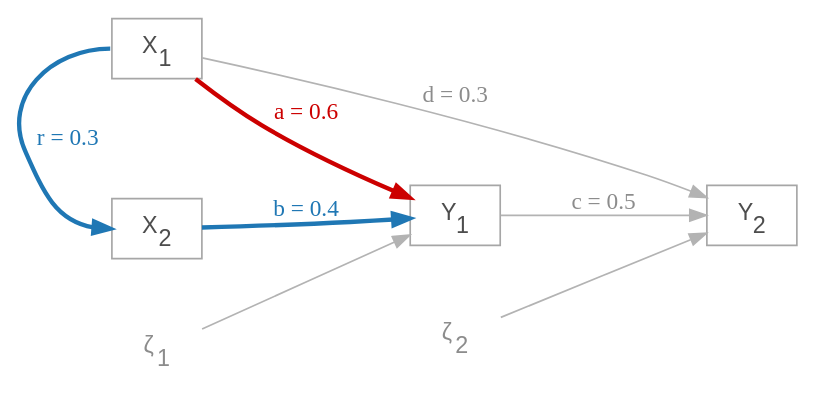
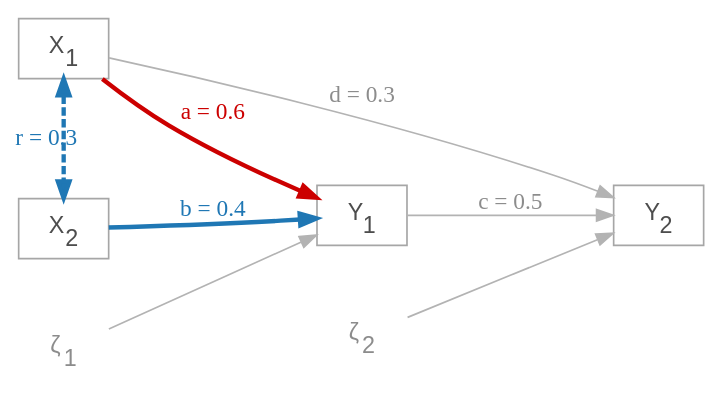
Diagram 21 of 34 in 5_Slides/Intro_to_SEM_part1.qmd (pennekampster/Swiss_SEM), drawn with Graphviz before and after one commit. The commit also changed other lines of this file and 3 other files, not shown here.

````diff
--- a/5_Slides/Intro_to_SEM_part1.qmd
+++ b/5_Slides/Intro_to_SEM_part1.qmd
@@ -1156,20 +1163,20 @@
 ```{dot}
 //| fig-width: 5.3
 //| fig-height: 2.5
 digraph {
   graph [rankdir = LR, fontsize = 13, ranksep = 1.0, nodesep = 0.5]
   node [shape = box, fontname = Helvetica, color = "gray65", fontcolor = "gray30"]
   X1 [label = <X<SUB>1</SUB>>]; X2 [label = <X<SUB>2</SUB>>]
   Y1 [label = <Y<SUB>1</SUB>>]; Y2 [label = <Y<SUB>2</SUB>>]
   node [shape = plaintext, color = "gray65", fontcolor = "gray55"]
   z1 [label = <&zeta;<SUB>1</SUB>>]; z2 [label = <&zeta;<SUB>2</SUB>>]
   edge [color = "gray70", fontcolor = "gray55"]
   Y1 -> Y2 [label = "c = 0.5"]; X1 -> Y2 [label = "d = 0.3"]
   X1 -> Y1 [label = "a = 0.6", color = "#cc0000", penwidth = 2.6, fontcolor = "#cc0000"]
-  X1:w -> X2:w [dir = both, constraint = false, label = "r = 0.3", color = "#1f77b4", penwidth = 2.6, fontcolor = "#1f77b4"]
+  X1 -> X2 [dir = both, constraint = false, label = "r = 0.3", color = "#1f77b4", penwidth = 2.6, fontcolor = "#1f77b4", style = dashed]
   X2 -> Y1 [label = "b = 0.4", color = "#1f77b4", penwidth = 2.6, fontcolor = "#1f77b4"]
   z1 -> Y1; z2 -> Y2
   {rank = min; X1; X2}
   {rank = max; Y2}
 }
 ```
````
